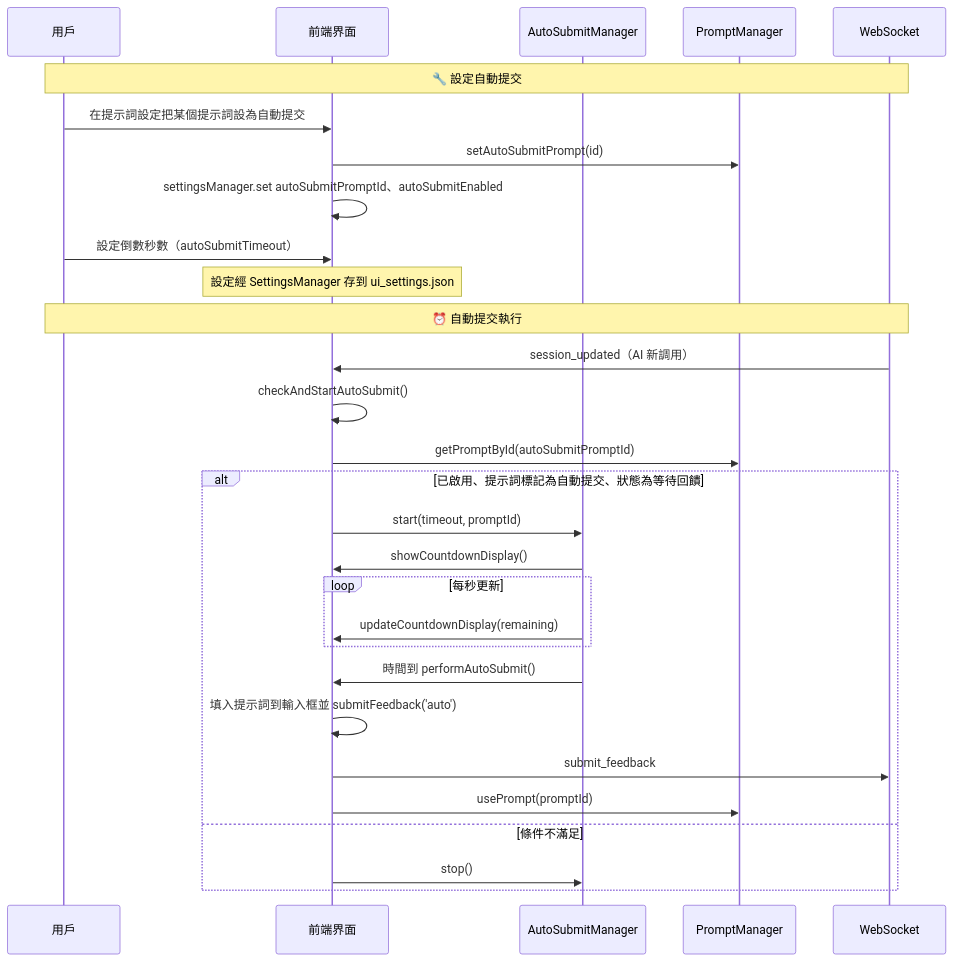
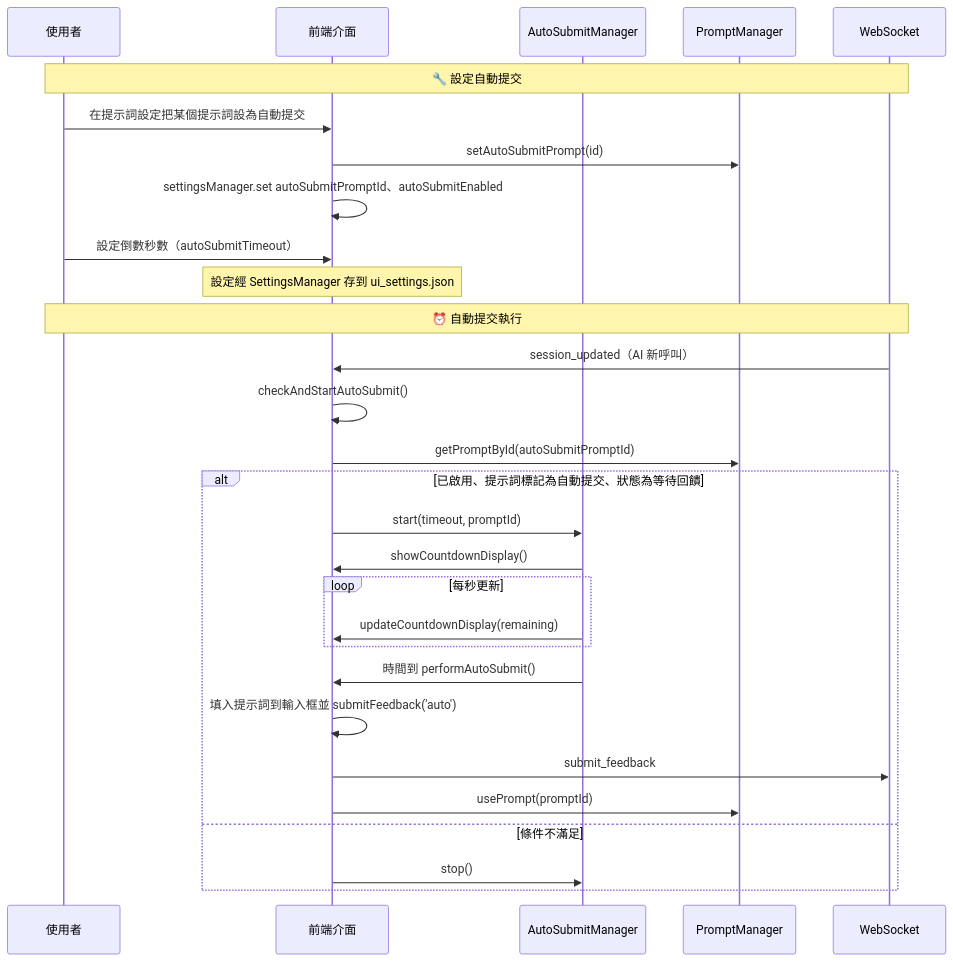
One commit to CloudEngineHub/mcp-feedback-enhanced changed the sixth of 12 diagrams in docs/architecture/interaction-flows.md. Above: the diagram before and after it, drawn with Mermaid. The commit also changed other lines of this file, not shown here.

````diff
--- a/docs/architecture/interaction-flows.md
+++ b/docs/architecture/interaction-flows.md
@@ -293,33 +293,33 @@
 ```mermaid
 sequenceDiagram
-    participant User as 用戶
-    participant UI as 前端界面
+    participant User as 使用者
+    participant UI as 前端介面
     participant ASM as AutoSubmitManager
     participant PM as PromptManager
     participant WS as WebSocket
 
     Note over User,WS: 🔧 設定自動提交
     User->>UI: 在提示詞設定把某個提示詞設為自動提交
     UI->>PM: setAutoSubmitPrompt(id)
     UI->>UI: settingsManager.set autoSubmitPromptId、autoSubmitEnabled
     User->>UI: 設定倒數秒數（autoSubmitTimeout）
     Note over UI: 設定經 SettingsManager 存到 ui_settings.json
 
     Note over User,WS: ⏰ 自動提交執行
-    WS->>UI: session_updated（AI 新調用）
+    WS->>UI: session_updated（AI 新呼叫）
     UI->>UI: checkAndStartAutoSubmit()
     UI->>PM: getPromptById(autoSubmitPromptId)
     alt 已啟用、提示詞標記為自動提交、狀態為等待回饋
         UI->>ASM: start(timeout, promptId)
         ASM->>UI: showCountdownDisplay()
         loop 每秒更新
             ASM->>UI: updateCountdownDisplay(remaining)
         end
         ASM->>UI: 時間到 performAutoSubmit()
         UI->>UI: 填入提示詞到輸入框並 submitFeedback('auto')
         UI->>WS: submit_feedback
         UI->>PM: usePrompt(promptId)
     else 條件不滿足
         UI->>ASM: stop()
     end
 ```
````
